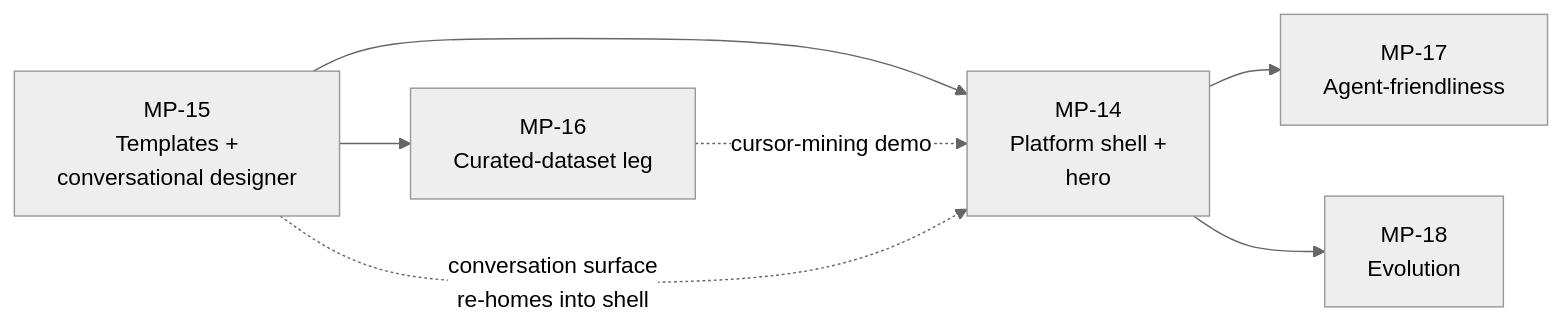
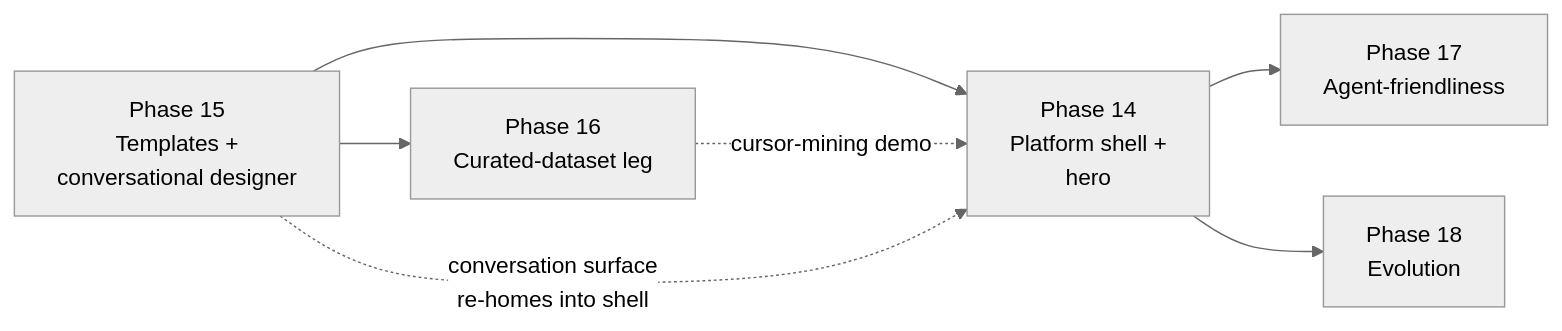
The diagram in docs/roadmap/README.md (idreesshaikh/human-ai-studies-framework), drawn with Mermaid (neutral theme) before and after one commit. The commit also changed other lines of this file and 344 other files, not shown here.

First line of the commit message:
Collapse to one version: retire dashboard, unify docs, rebuild roadmap 01–18

````diff
--- a/docs/roadmap/README.md
+++ b/docs/roadmap/README.md
@@ -52,9 +74,9 @@
 ```mermaid
 flowchart LR
-    MP15["MP-15\nTemplates +\nconversational designer"] --> MP16["MP-16\nCurated-dataset leg"]
-    MP15 --> MP14["MP-14\nPlatform shell +\nhero"]
-    MP14 --> MP17["MP-17\nAgent-friendliness"]
-    MP14 --> MP18["MP-18\nEvolution"]
-    MP16 -.->|cursor-mining demo| MP14
-    MP15 -.->|conversation surface\nre-homes into shell| MP14
+    P15["Phase 15\nTemplates +\nconversational designer"] --> P16["Phase 16\nCurated-dataset leg"]
+    P15 --> P14["Phase 14\nPlatform shell +\nhero"]
+    P14 --> P17["Phase 17\nAgent-friendliness"]
+    P14 --> P18["Phase 18\nEvolution"]
+    P16 -.->|cursor-mining demo| P14
+    P15 -.->|conversation surface\nre-homes into shell| P14
 ```
````
